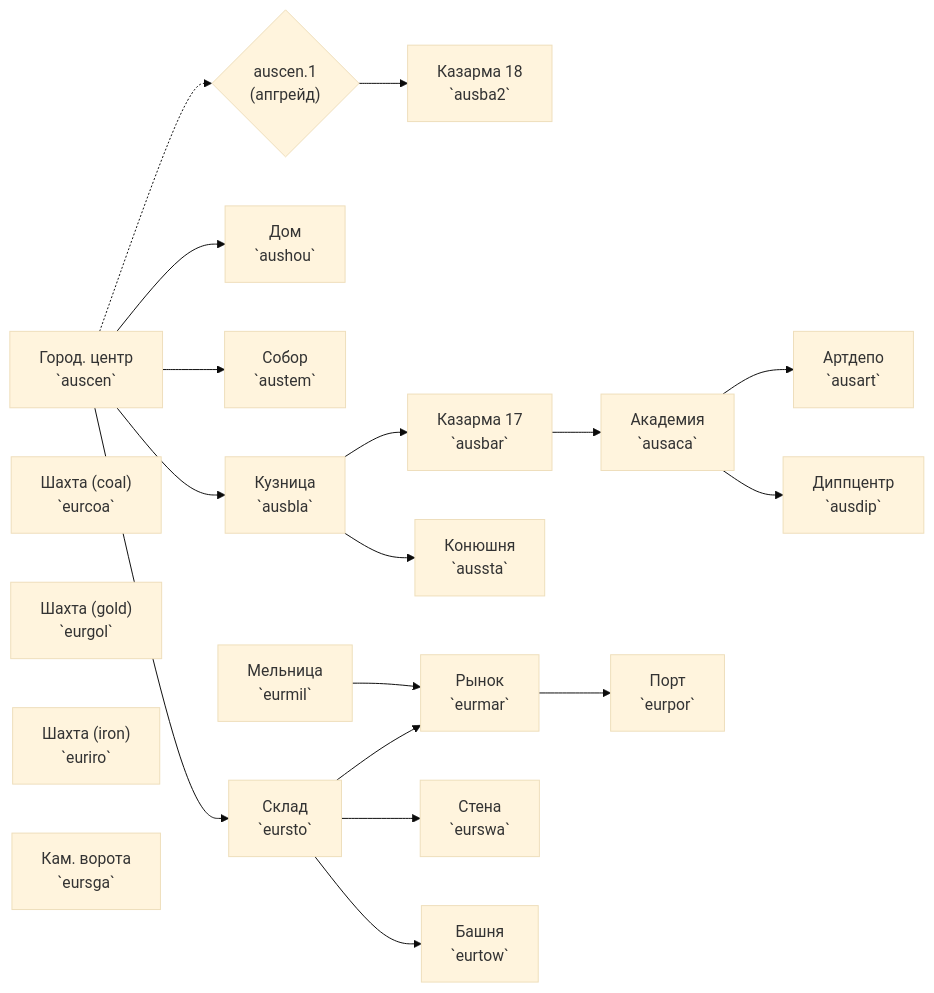
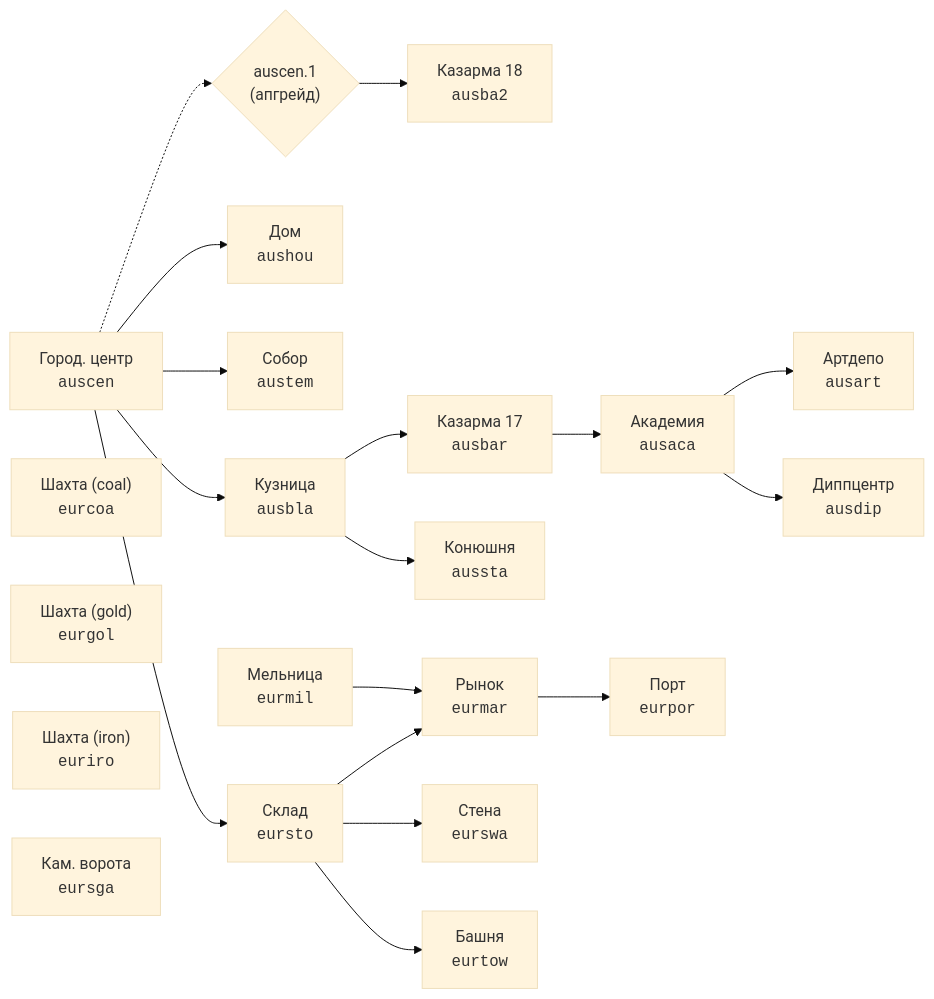
One commit to anyalink99/cossacks-3-almanac changed the diagram in docs/reports/tech/tech_tree.md. Above: the diagram before and after it, drawn with Mermaid (base theme). The commit also changed other lines of this file and 1 other file, not shown here.

Commit message:
docs(reports): regen tech_tree + production_rates
tech_tree: building nodes now emit <code>sid</code> (mermaid does
not handle inline codespan in flowchart labels).
production_rates: refresh unit stats from current data.json.

````diff
--- a/docs/reports/tech/tech_tree.md
+++ b/docs/reports/tech/tech_tree.md
@@ -14,40 +14,40 @@
 ```mermaid
 graph LR
-    ausaca["Академия<br/>`ausaca`"]
-    ausart["Артдепо<br/>`ausart`"]
-    ausba2["Казарма 18<br/>`ausba2`"]
-    ausbar["Казарма 17<br/>`ausbar`"]
-    ausbla["Кузница<br/>`ausbla`"]
-    auscen["Город. центр<br/>`auscen`"]
-    ausdip["Диппцентр<br/>`ausdip`"]
-    aushou["Дом<br/>`aushou`"]
-    aussta["Конюшня<br/>`aussta`"]
-    austem["Собор<br/>`austem`"]
-    eurcoa["Шахта (coal)<br/>`eurcoa`"]
-    eurgol["Шахта (gold)<br/>`eurgol`"]
-    euriro["Шахта (iron)<br/>`euriro`"]
-    eurmar["Рынок<br/>`eurmar`"]
-    eurmil["Мельница<br/>`eurmil`"]
-    eurpor["Порт<br/>`eurpor`"]
-    eursga["Кам. ворота<br/>`eursga`"]
-    eursto["Склад<br/>`eursto`"]
-    eurswa["Стена<br/>`eurswa`"]
-    eurtow["Башня<br/>`eurtow`"]
+    ausaca["Академия<br/><code>ausaca</code>"]
+    ausart["Артдепо<br/><code>ausart</code>"]
+    ausba2["Казарма 18<br/><code>ausba2</code>"]
+    ausbar["Казарма 17<br/><code>ausbar</code>"]
+    ausbla["Кузница<br/><code>ausbla</code>"]
+    auscen["Город. центр<br/><code>auscen</code>"]
+    ausdip["Диппцентр<br/><code>ausdip</code>"]
+    aushou["Дом<br/><code>aushou</code>"]
+    aussta["Конюшня<br/><code>aussta</code>"]
+    austem["Собор<br/><code>austem</code>"]
+    eurcoa["Шахта (coal)<br/><code>eurcoa</code>"]
+    eurgol["Шахта (gold)<br/><code>eurgol</code>"]
+    euriro["Шахта (iron)<br/><code>euriro</code>"]
+    eurmar["Рынок<br/><code>eurmar</code>"]
+    eurmil["Мельница<br/><code>eurmil</code>"]
+    eurpor["Порт<br/><code>eurpor</code>"]
+    eursga["Кам. ворота<br/><code>eursga</code>"]
+    eursto["Склад<br/><code>eursto</code>"]
+    eurswa["Стена<br/><code>eurswa</code>"]
+    eurtow["Башня<br/><code>eurtow</code>"]
     ausbar --> ausaca
     ausaca --> ausart
     auscen_1{"auscen.1<br/>(апгрейд)"}
     auscen_1 --> ausba2
     auscen -.-> auscen_1
     ausbla --> ausbar
     auscen --> ausbla
     ausaca --> ausdip
     auscen --> aushou
     ausbla --> aussta
     auscen --> austem
     eurmil --> eurmar
     eursto --> eurmar
     eurmar --> eurpor
     auscen --> eursto
     eursto --> eurswa
     eursto --> eurtow
 ```
````
